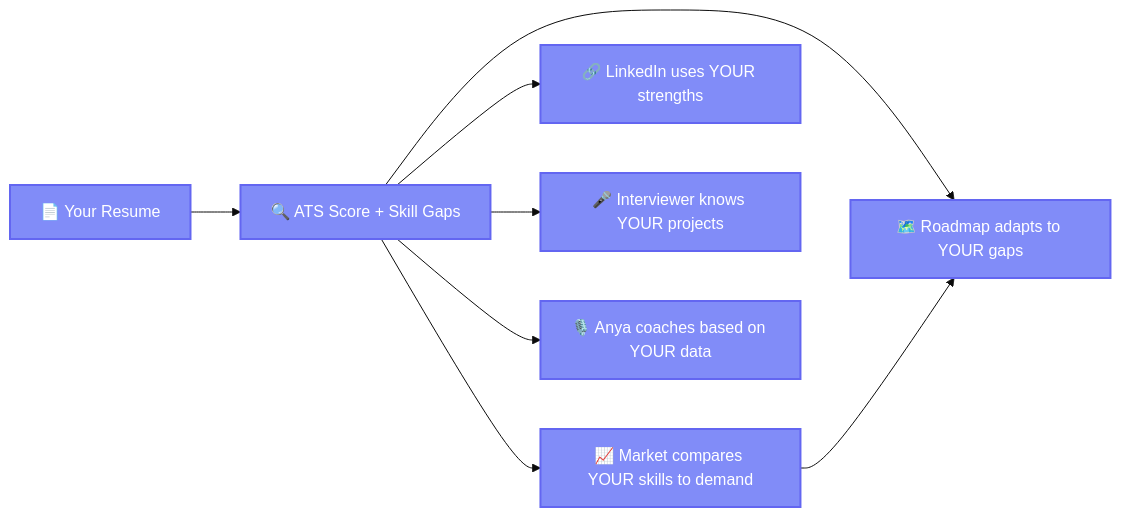
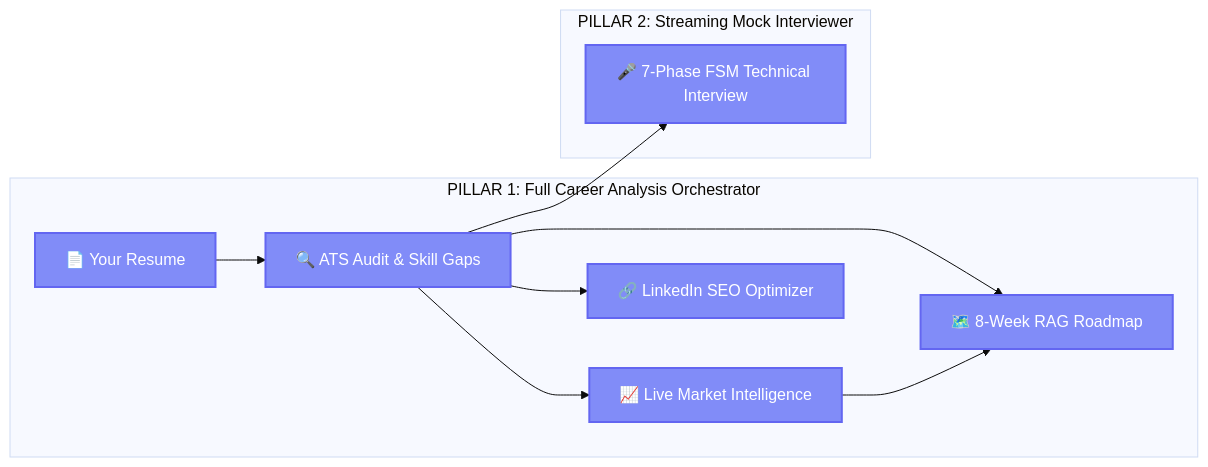
Before and after one commit to Anil-Pradhan-web/ai-career-mentor: the second of 12 diagrams in README.md, drawn with Mermaid (base theme). The commit also changed other lines of this file and 1 other file, not shown here.

Commit message:
docs: streamline README and SYSTEM docs around 2 Core Pillars and add market research storyline

````diff
--- a/README.md
+++ b/README.md
@@ -151,14 +173,18 @@
 ```mermaid
 graph LR
     classDef unique fill:#818cf8,color:#fff,stroke:#6366f1,stroke-width:2px
 
-    A["📄 Your Resume"] --> B["🔍 ATS Score + Skill Gaps"]
-    B --> C["🗺️ Roadmap adapts to YOUR gaps"]
-    B --> D["📈 Market compares YOUR skills to demand"]
-    B --> E["🔗 LinkedIn uses YOUR strengths"]
-    D --> C
-    B --> F["🎤 Interviewer knows YOUR projects"]
-    B --> G["🎙️ Anya coaches based on YOUR data"]
+    subgraph "PILLAR 1: Full Career Analysis Orchestrator"
+        A["📄 Your Resume"] --> B["🔍 ATS Audit & Skill Gaps"]
+        B --> C["🗺️ 8-Week RAG Roadmap"]
+        B --> D["📈 Live Market Intelligence"]
+        B --> E["🔗 LinkedIn SEO Optimizer"]
+        D --> C
+    end
 
-    class A,B,C,D,E,F,G unique
+    subgraph "PILLAR 2: Streaming Mock Interviewer"
+        B --> F["🎤 7-Phase FSM Technical Interview"]
+    end
+
+    class A,B,C,D,E,F unique
 ```
````
